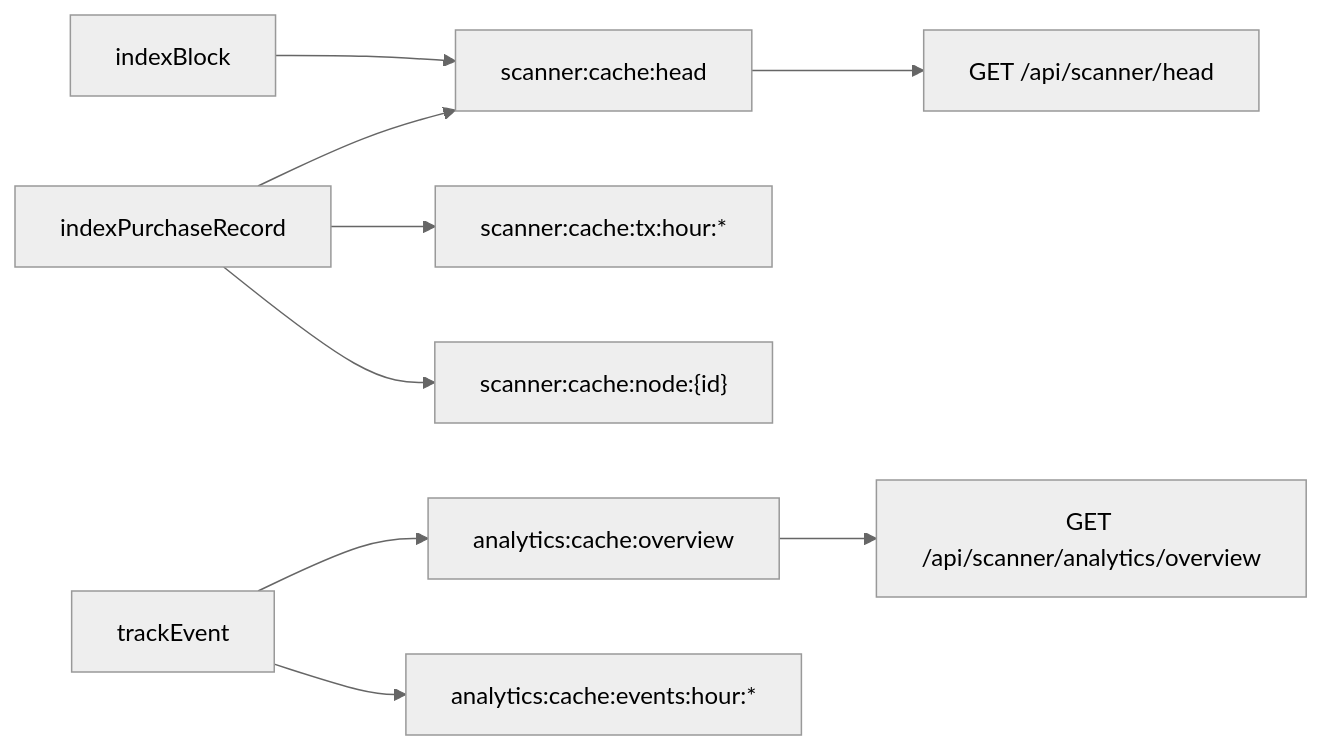
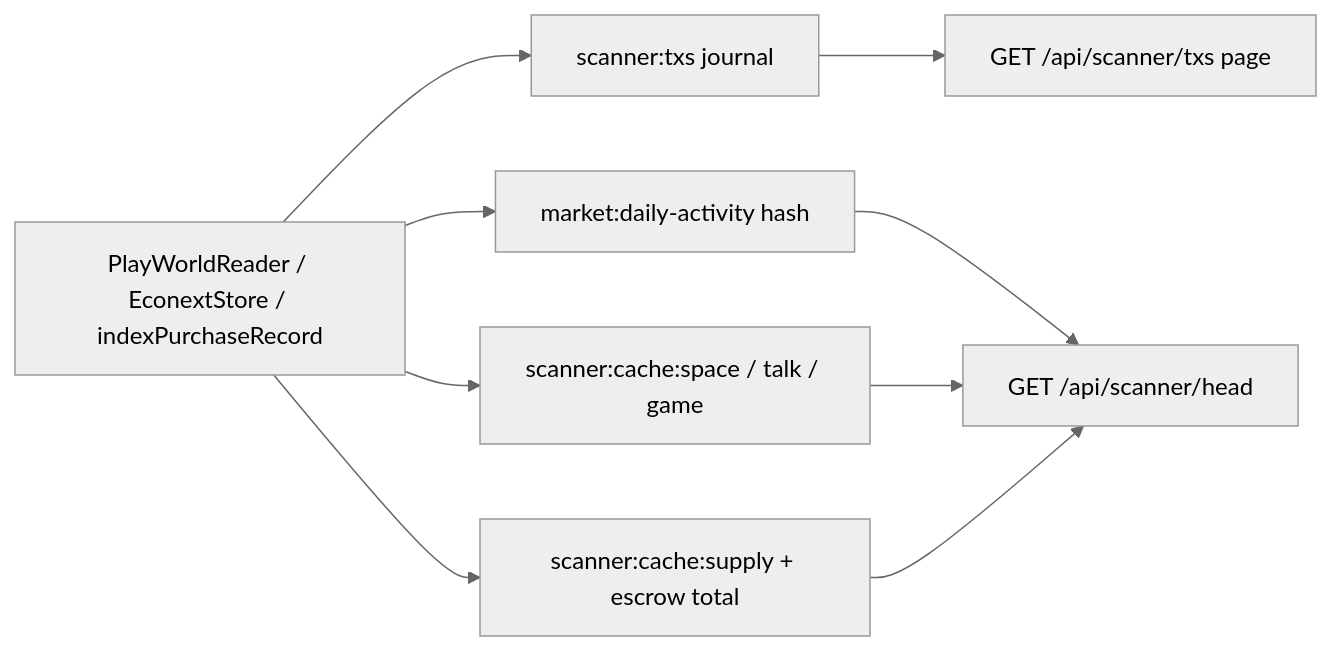
One commit to wilforlan/agent-play changed the diagram in docs/notes/agent-play-scanner-architecture.md. Above: the diagram before and after it, drawn with Mermaid (neutral theme). The commit also changed other lines of this file and 54 other files, not shown here.

````diff
--- a/docs/notes/agent-play-scanner-architecture.md
+++ b/docs/notes/agent-play-scanner-architecture.md
@@ -40,11 +50,18 @@
 ```mermaid
 flowchart LR
-  indexTx[indexPurchaseRecord] --> headCache["scanner:cache:head"]
-  indexTx --> hourTx["scanner:cache:tx:hour:*"]
-  indexTx --> nodeCache["scanner:cache:node:{id}"]
-  indexBlock[indexBlock] --> headCache
-  trackEvt[trackEvent] --> overviewCache["analytics:cache:overview"]
-  trackEvt --> hourEvt["analytics:cache:events:hour:*"]
-  headCache --> headAPI["GET /api/scanner/head"]
-  overviewCache --> overviewAPI["GET /api/scanner/analytics/overview"]
+  writePath["PlayWorldReader / EconextStore / indexPurchaseRecord"]
+  journal["scanner:txs journal"]
+  daily["market:daily-activity hash"]
+  spaceCache["scanner:cache:space / talk / game"]
+  supply["scanner:cache:supply + escrow total"]
+  head["GET /api/scanner/head"]
+  list["GET /api/scanner/txs page"]
+  writePath --> journal
+  writePath --> daily
+  writePath --> spaceCache
+  writePath --> supply
+  daily --> head
+  spaceCache --> head
+  supply --> head
+  journal --> list
 ```
````
